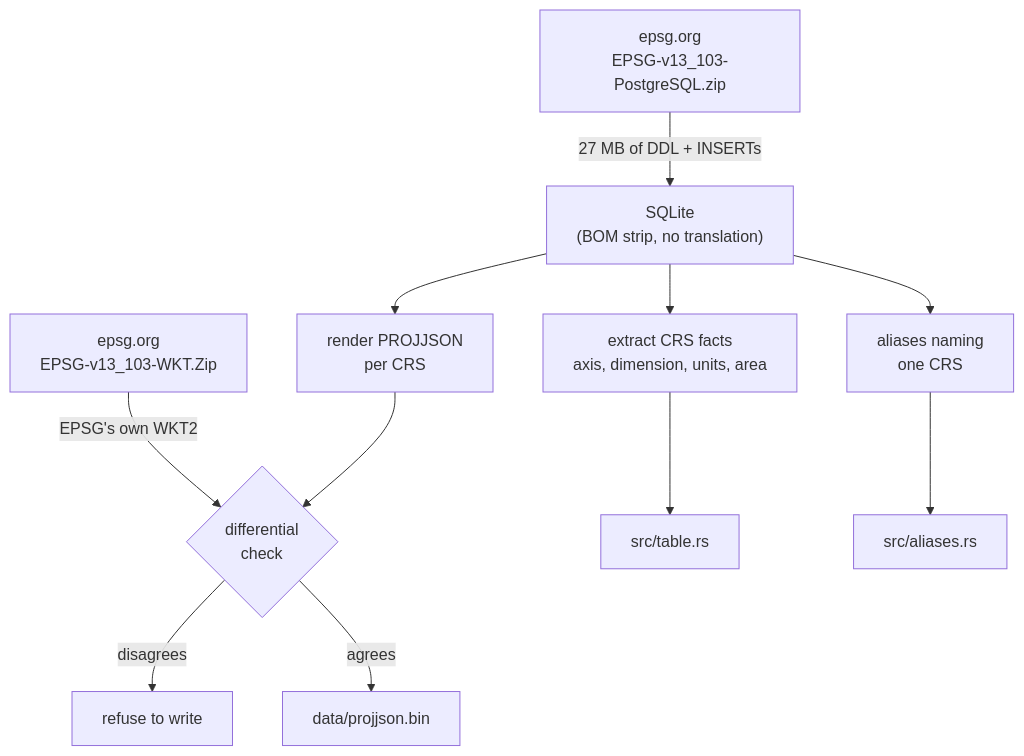
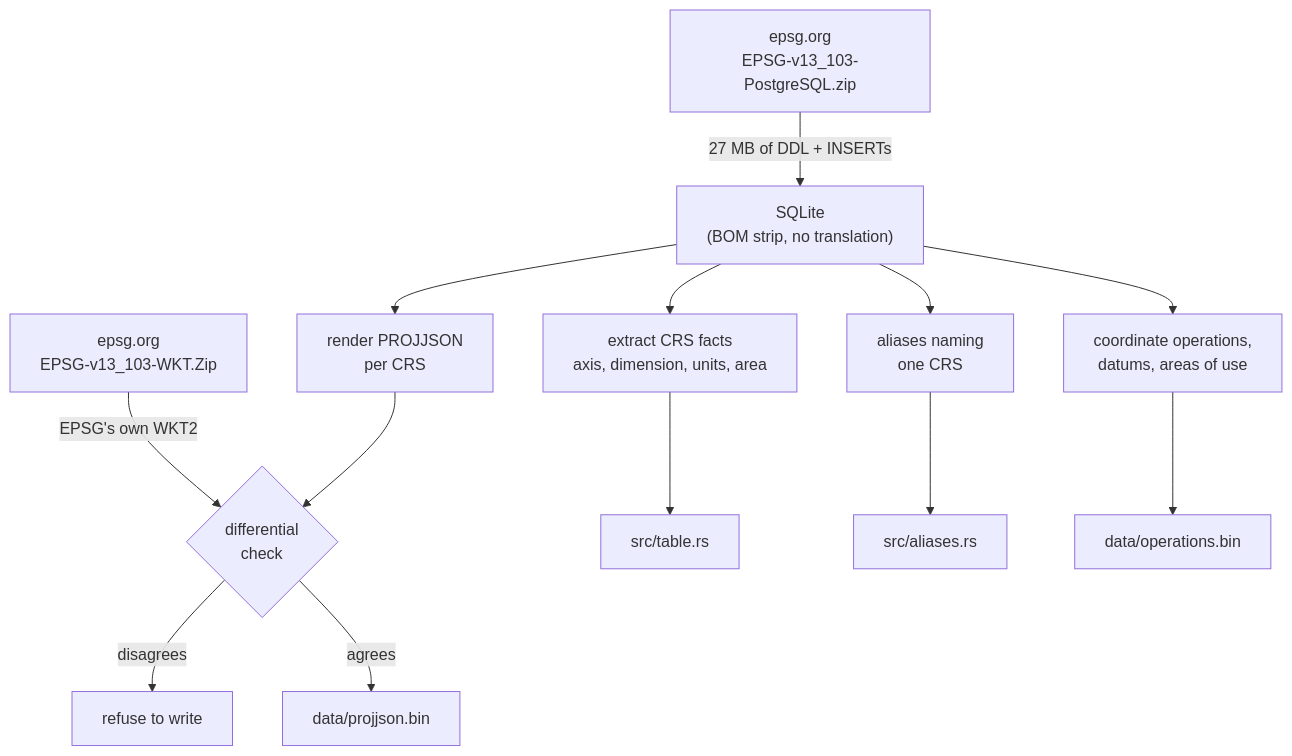
The diagram in crates/xeibe-crs/README.md (ttomasz/xeibe), drawn with Mermaid before and after one commit. The commit also changed other lines of this file and 36 other files, not shown here.

````diff
--- a/crates/xeibe-crs/README.md
+++ b/crates/xeibe-crs/README.md
@@ -21,12 +23,13 @@
 ```mermaid
 flowchart TD
     A["epsg.org<br/>EPSG-v13_103-PostgreSQL.zip"] -->|"27 MB of DDL + INSERTs"| B["SQLite<br/>(BOM strip, no translation)"]
     B --> C["render PROJJSON<br/>per CRS"]
     B --> D["extract CRS facts<br/>axis, dimension, units, area"]
     E["epsg.org<br/>EPSG-v13_103-WKT.Zip"] -->|"EPSG's own WKT2"| F{"differential<br/>check"}
     C --> F
     F -->|"disagrees"| G["refuse to write"]
     F -->|"agrees"| H["data/projjson.bin"]
     D --> I["src/table.rs"]
     B --> J["aliases naming<br/>one CRS"] --> K["src/aliases.rs"]
+    B --> L["coordinate operations,<br/>datums, areas of use"] --> M["data/operations.bin"]
 ```
````
